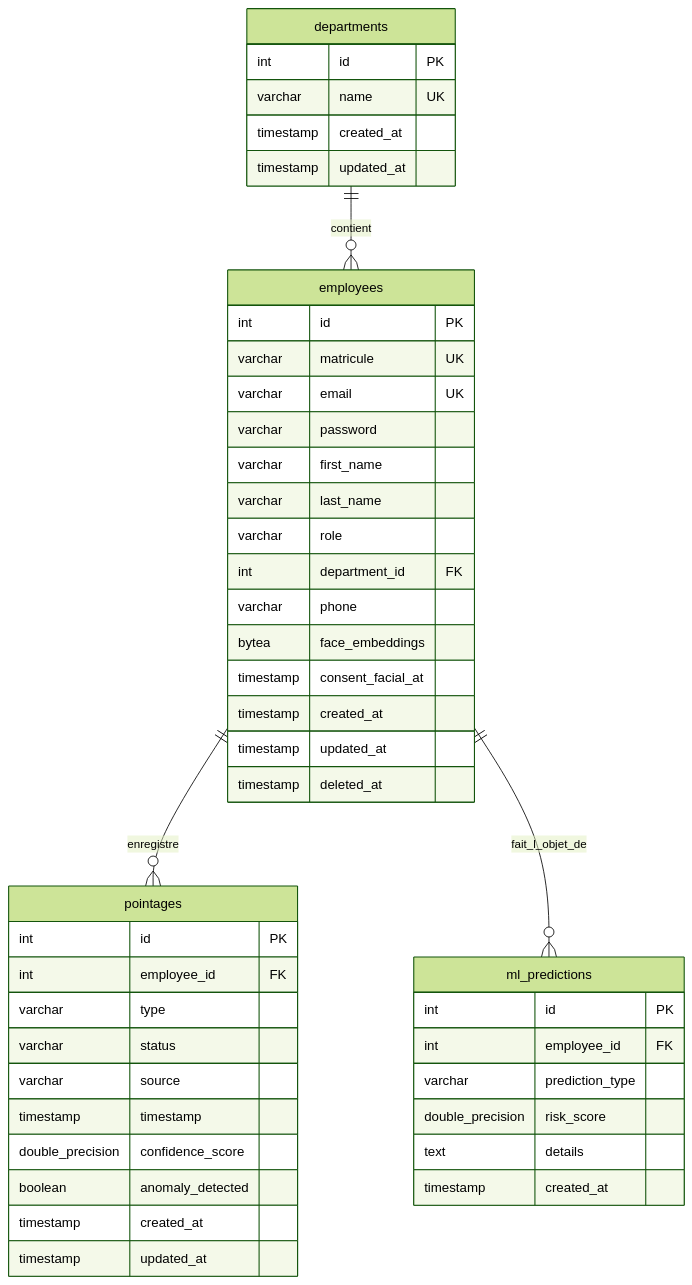
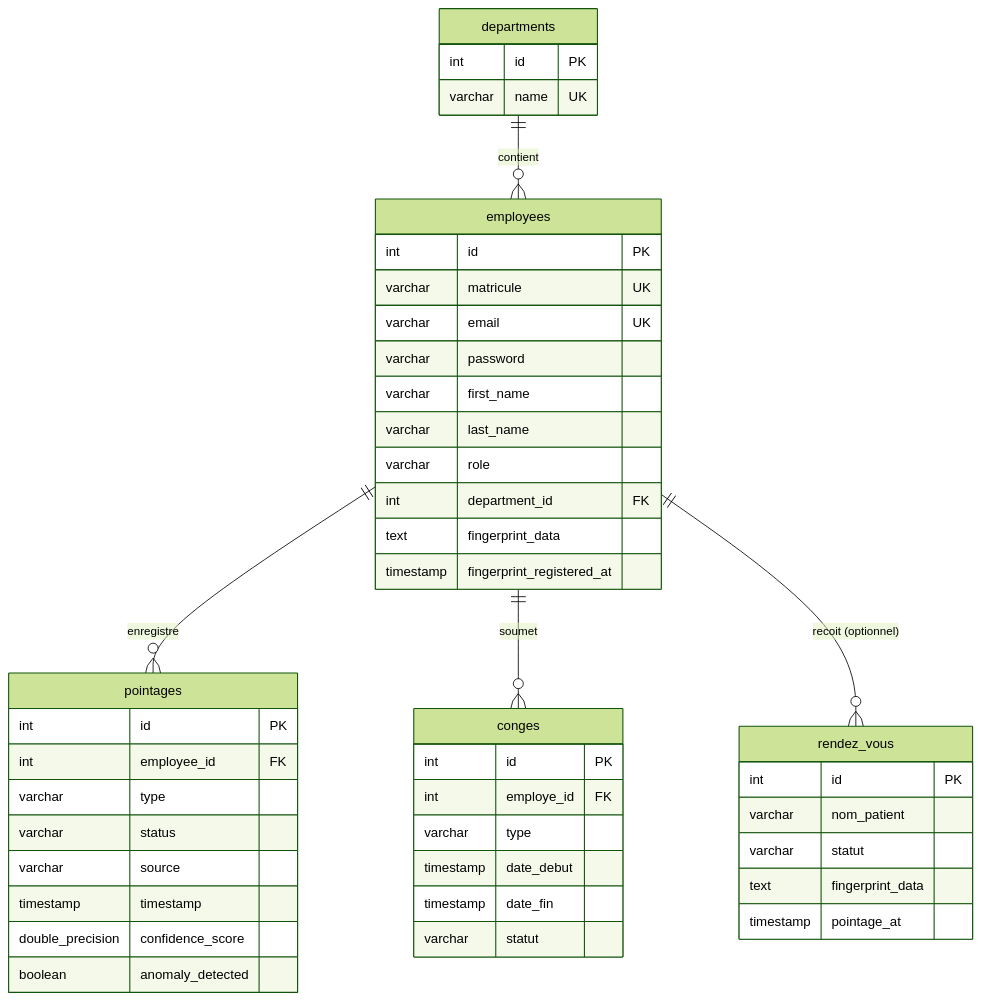
One commit to Evrad15/C.H.R.A.C.E.R.H changed diagram 13 of 14 in rapport_de_stage_diagrammes.md. Above: the diagram before and after it, drawn with Mermaid (forest theme). The commit also changed other lines of this file and 19 other files, not shown here.

Commit message:
docs: update project README and documentation with comprehensive architectural diagrams and feature specifications

````diff
--- a/rapport_de_stage_diagrammes.md
+++ b/rapport_de_stage_diagrammes.md
@@ -521,49 +507,49 @@
 ```mermaid
 erDiagram
     departments {
         int id PK
         varchar name UK
-        timestamp created_at
-        timestamp updated_at
     }
     employees {
         int id PK
         varchar matricule UK
         varchar email UK
         varchar password
         varchar first_name
         varchar last_name
         varchar role
         int department_id FK
-        varchar phone
-        bytea face_embeddings
-        timestamp consent_facial_at
-        timestamp created_at
-        timestamp updated_at
-        timestamp deleted_at
+        text fingerprint_data
+        timestamp fingerprint_registered_at
     }
     pointages {
         int id PK
         int employee_id FK
         varchar type
         varchar status
         varchar source
         timestamp timestamp
         double_precision confidence_score
         boolean anomaly_detected
-        timestamp created_at
-        timestamp updated_at
     }
-    ml_predictions {
+    rendez_vous {
         int id PK
-        int employee_id FK
-        varchar prediction_type
-        double_precision risk_score
-        text details
-        timestamp created_at
+        varchar nom_patient
+        varchar statut
+        text fingerprint_data
+        timestamp pointage_at
+    }
+    conges {
+        int id PK
+        int employe_id FK
+        varchar type
+        timestamp date_debut
+        timestamp date_fin
+        varchar statut
     }
 
     departments ||--o{ employees : "contient"
     employees ||--o{ pointages : "enregistre"
-    employees ||--o{ ml_predictions : "fait_l_objet_de"
+    employees ||--o{ conges : "soumet"
+    employees ||--o{ rendez_vous : "recoit (optionnel)"
 ```
````
